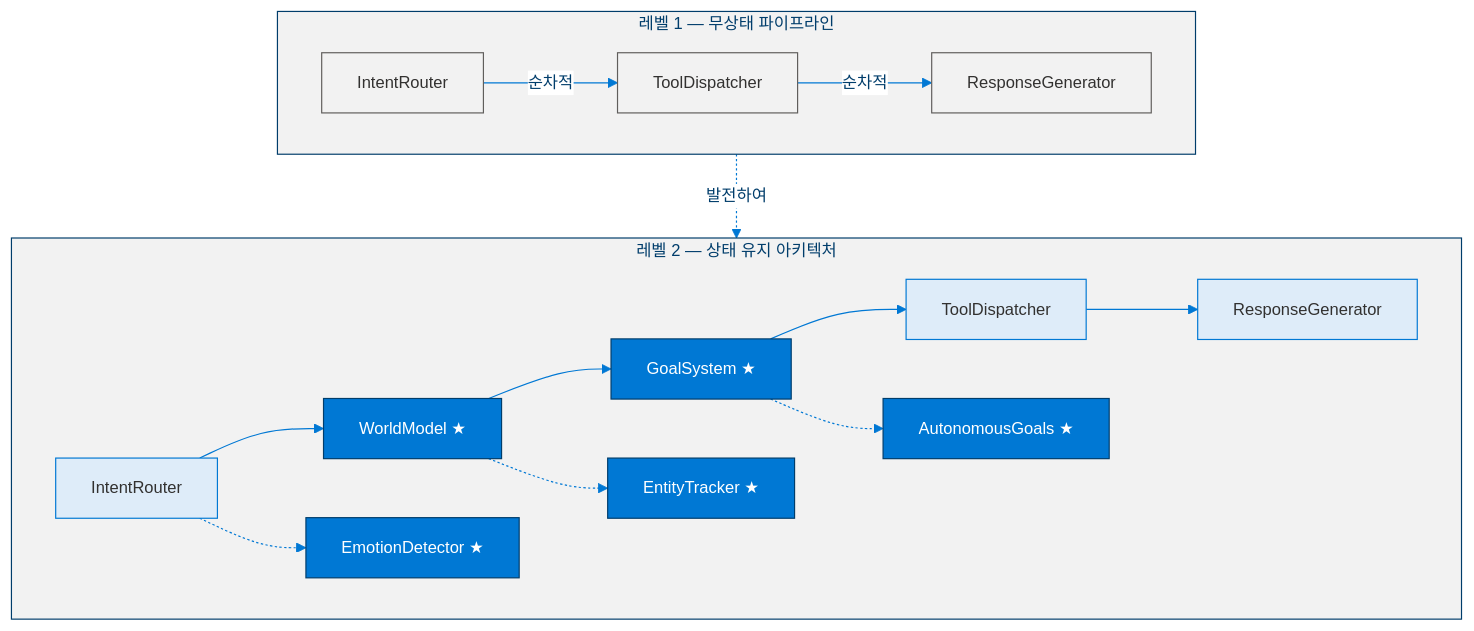
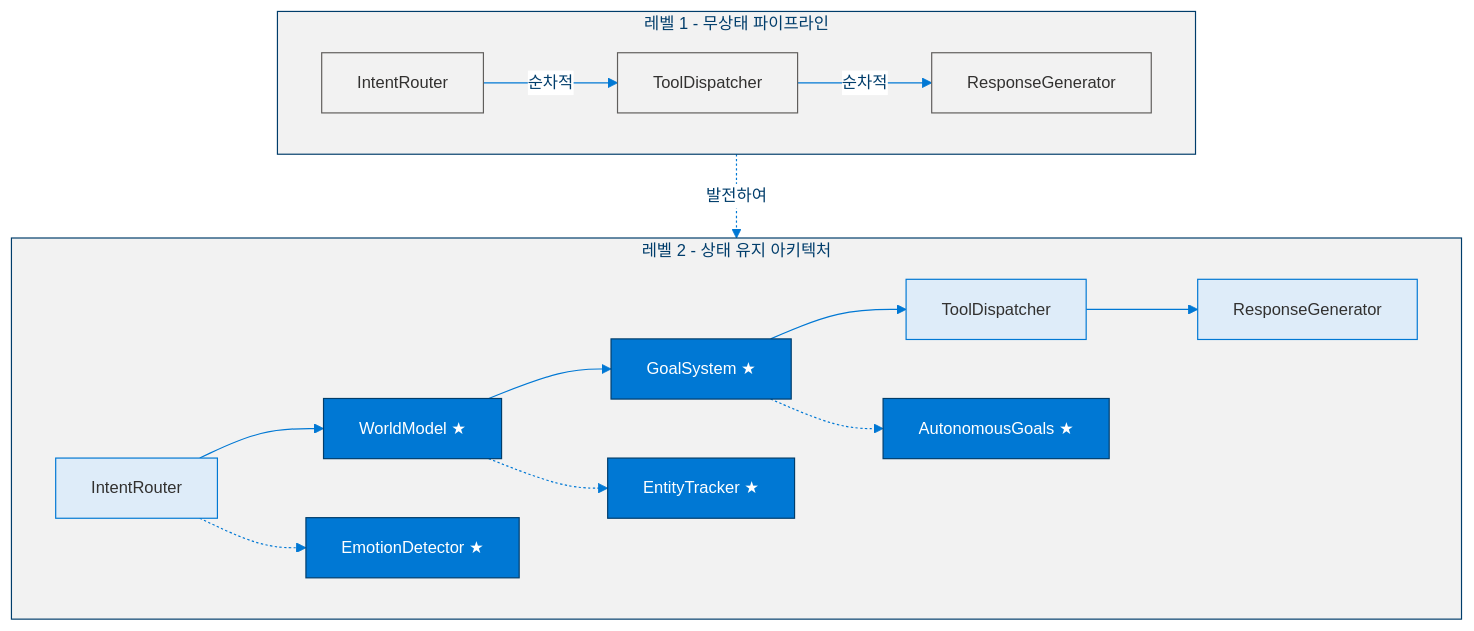
Before and after one commit to dotnetpower/mscp: the seventh of 7 diagrams in docs/levels/Level_1_Tool_Agent.ko.md, drawn with Mermaid. The commit also changed other lines of this file and 26 other files, not shown here.

````diff
--- a/docs/levels/Level_1_Tool_Agent.ko.md
+++ b/docs/levels/Level_1_Tool_Agent.ko.md
@@ -494,32 +494,32 @@
 ```mermaid
 %%{init: {'theme': 'base', 'themeVariables': {'primaryColor': '#0078D4', 'primaryTextColor': '#003D6B', 'primaryBorderColor': '#003D6B', 'secondaryColor': '#50E6FF', 'secondaryTextColor': '#323130', 'secondaryBorderColor': '#00BCF2', 'tertiaryColor': '#F2F2F2', 'tertiaryTextColor': '#323130', 'lineColor': '#0078D4', 'textColor': '#323130', 'mainBkg': '#DEECF9', 'nodeBorder': '#0078D4', 'clusterBkg': '#F2F2F2', 'clusterBorder': '#003D6B', 'titleColor': '#003D6B', 'edgeLabelBackground': '#FFFFFF', 'fontSize': '14px'}}}%%
 flowchart TD
   classDef l1Light fill:#F2F2F2,stroke:#605E5C,color:#323130
   classDef l2Light fill:#DEECF9,stroke:#0078D4,color:#323130
   classDef l2New fill:#0078D4,stroke:#003D6B,color:#FFF
 
-  subgraph L1["레벨 1 — 무상태 파이프라인"]
+  subgraph L1["레벨 1 - 무상태 파이프라인"]
     IR1["IntentRouter"]:::l1Light
     TD1["ToolDispatcher"]:::l1Light
     RG1["ResponseGenerator"]:::l1Light
     IR1 -->|"순차적"| TD1 -->|"순차적"| RG1
   end
 
-  subgraph L2["레벨 2 — 상태 유지 아키텍처"]
+  subgraph L2["레벨 2 - 상태 유지 아키텍처"]
     IR2["IntentRouter"]:::l2Light
     WM["WorldModel ★"]:::l2New
     GS["GoalSystem ★"]:::l2New
     TD2["ToolDispatcher"]:::l2Light
     RG2["ResponseGenerator"]:::l2Light
     IR2 --> WM --> GS --> TD2 --> RG2
 
     ED["EmotionDetector ★"]:::l2New
     ET["EntityTracker ★"]:::l2New
     AG["AutonomousGoals ★"]:::l2New
     IR2 -.-> ED
     WM -.-> ET
     GS -.-> AG
   end
 
   L1 -.->|"발전하여"| L2
 ```
````
